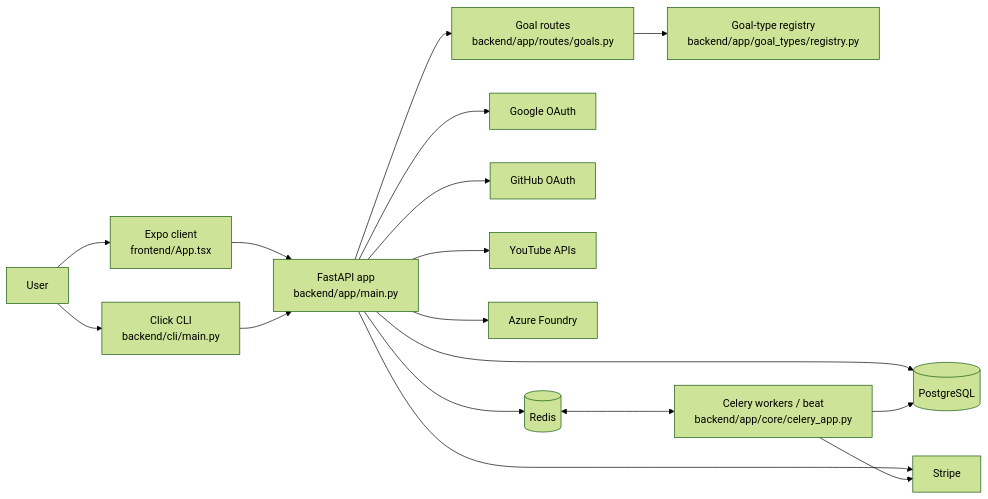
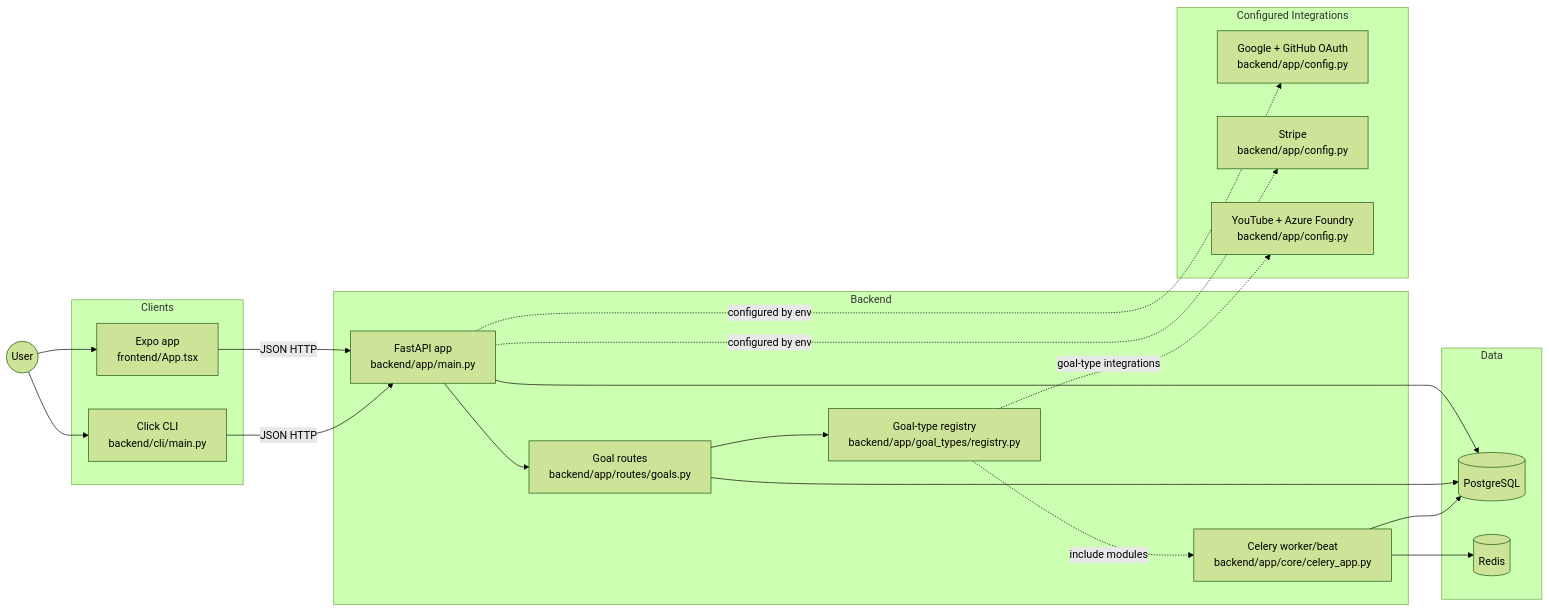
Before and after one commit to xvanov/sacrifice: the first of 2 diagrams in context/architecture-diagrams.md, drawn with Mermaid (forest theme). The commit also changed other lines of this file and 7 other files, not shown here.

````diff
--- a/context/architecture-diagrams.md
+++ b/context/architecture-diagrams.md
@@ -5,21 +5,42 @@
 ```mermaid
 flowchart LR
-  U[User] --> FE[Expo client\nfrontend/App.tsx]
-  U --> CLI[Click CLI\nbackend/cli/main.py]
+    User((User))
 
-  FE --> API[FastAPI app\nbackend/app/main.py]
-  CLI --> API
+    subgraph Clients
+        Mobile[Expo app\nfrontend/App.tsx]
+        CLI[Click CLI\nbackend/cli/main.py]
+    end
 
-  API --> GOALS[Goal routes\nbackend/app/routes/goals.py]
-  GOALS --> REG[Goal-type registry\nbackend/app/goal_types/registry.py]
-  API --> PG[(PostgreSQL)]
-  API --> STRIPE[Stripe]
-  API --> GOOGLE[Google OAuth]
-  API --> GITHUB[GitHub OAuth]
-  API --> YT[YouTube APIs]
-  API --> AZURE[Azure Foundry]
-  API --> REDIS[(Redis)]
-  REDIS <--> CELERY[Celery workers / beat\nbackend/app/core/celery_app.py]
-  CELERY --> PG
-  CELERY --> STRIPE
+    subgraph Backend
+        API[FastAPI app\nbackend/app/main.py]
+        Goals[Goal routes\nbackend/app/routes/goals.py]
+        Registry[Goal-type registry\nbackend/app/goal_types/registry.py]
+        Workers[Celery worker/beat\nbackend/app/core/celery_app.py]
+    end
+
+    subgraph Data
+        Postgres[(PostgreSQL)]
+        Redis[(Redis)]
+    end
+
+    subgraph Configured Integrations
+        OAuth[Google + GitHub OAuth\nbackend/app/config.py]
+        Stripe[Stripe\nbackend/app/config.py]
+        External[YouTube + Azure Foundry\nbackend/app/config.py]
+    end
+
+    User --> Mobile
+    User --> CLI
+    Mobile -->|JSON HTTP| API
+    CLI -->|JSON HTTP| API
+    API --> Goals
+    Goals --> Registry
+    API --> Postgres
+    Goals --> Postgres
+    Workers --> Redis
+    Workers --> Postgres
+    Registry -. include modules .-> Workers
+    API -. configured by env .-> OAuth
+    API -. configured by env .-> Stripe
+    Registry -. goal-type integrations .-> External
 ```
````
